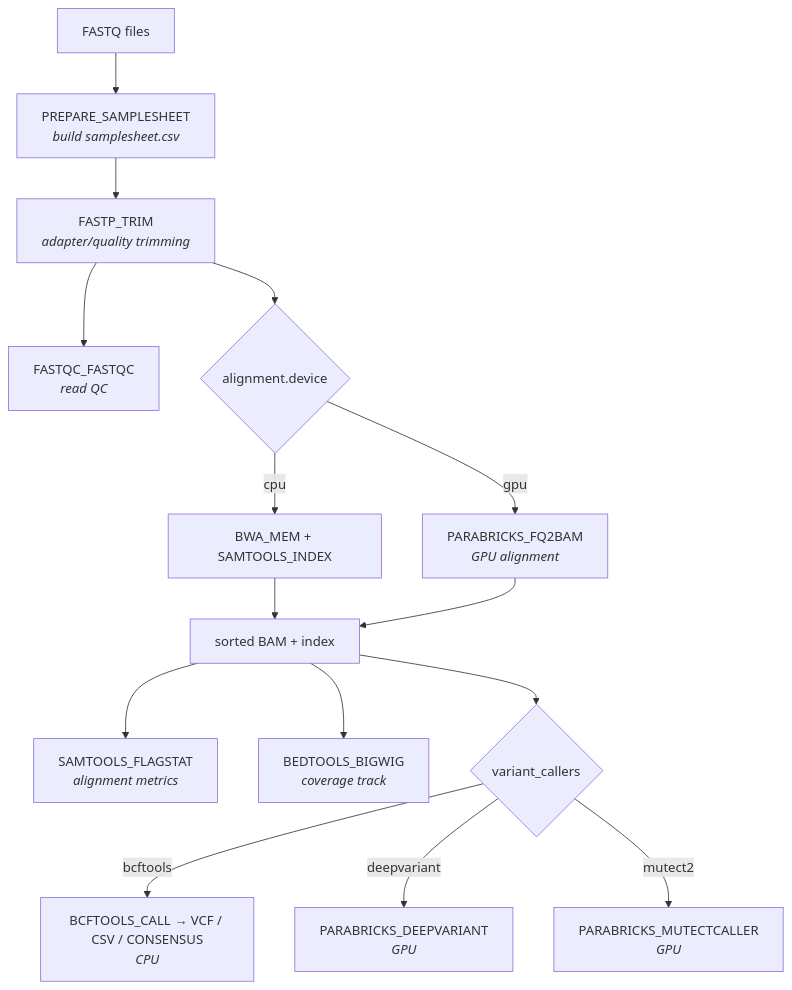
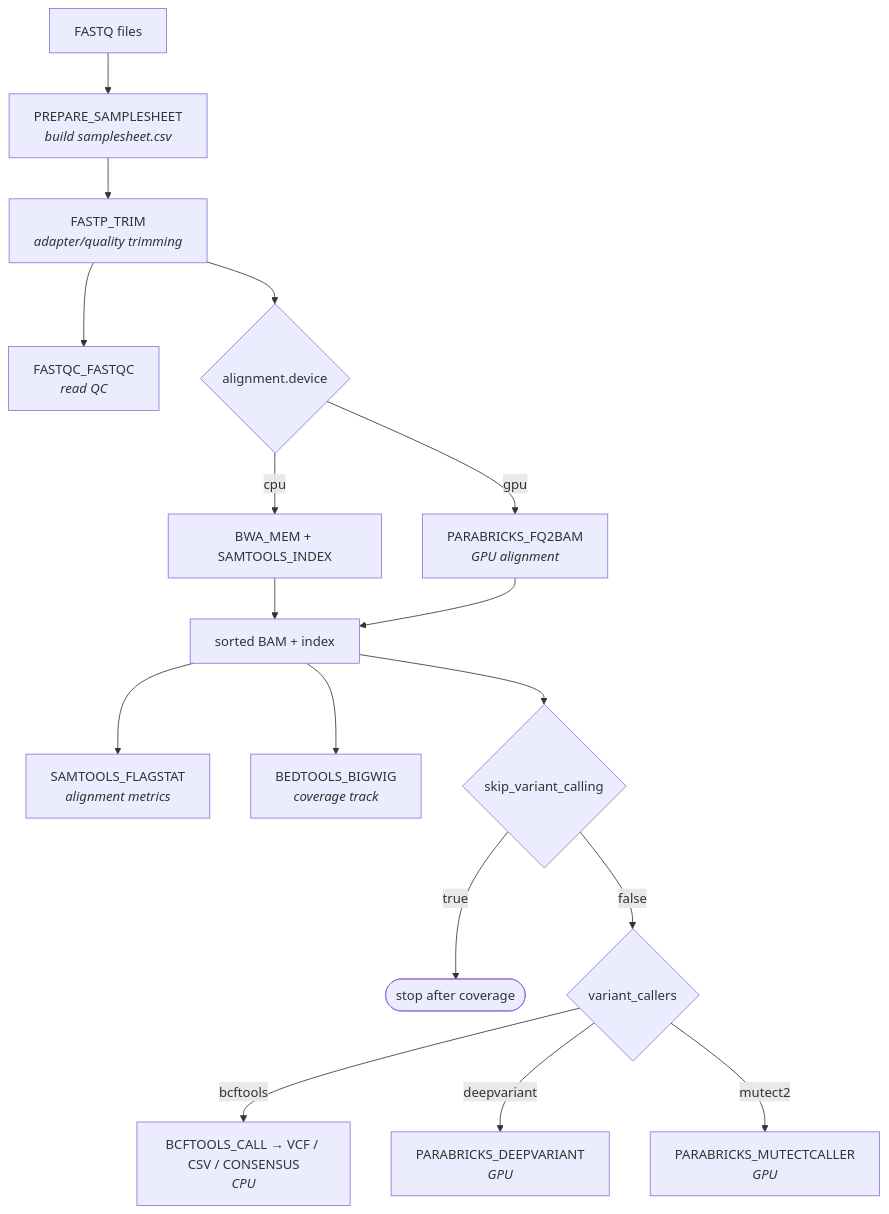
Before and after one commit to EIT-GBI/nf-dnaseq: the first of 2 diagrams in README.md, drawn with Mermaid. The commit also changed other lines of this file and 4 other files, not shown here.

First line of the commit message:
feat: add a switch to skip variant calling

````diff
--- a/README.md
+++ b/README.md
@@ -11,21 +11,23 @@
 ```mermaid
 flowchart TD
     A[FASTQ files] --> B[PREPARE_SAMPLESHEET<br/><i>build samplesheet.csv</i>]
     B --> C[FASTP_TRIM<br/><i>adapter/quality trimming</i>]
     C --> D[FASTQC_FASTQC<br/><i>read QC</i>]
     C --> E{alignment.device}
 
     E -->|cpu| F[BWA_MEM + SAMTOOLS_INDEX]
     E -->|gpu| G[PARABRICKS_FQ2BAM<br/><i>GPU alignment</i>]
 
     F --> H[sorted BAM + index]
     G --> H
 
     H --> I[SAMTOOLS_FLAGSTAT<br/><i>alignment metrics</i>]
     H --> J[BEDTOOLS_BIGWIG<br/><i>coverage track</i>]
-    H --> K{variant_callers}
+    H --> S{skip_variant_calling}
+    S -->|true| T([stop after coverage])
+    S -->|false| K{variant_callers}
 
     K -->|bcftools| L[BCFTOOLS_CALL → VCF / CSV / CONSENSUS<br/><i>CPU</i>]
     K -->|deepvariant| M[PARABRICKS_DEEPVARIANT<br/><i>GPU</i>]
     K -->|mutect2| N[PARABRICKS_MUTECTCALLER<br/><i>GPU</i>]
 ```
````
